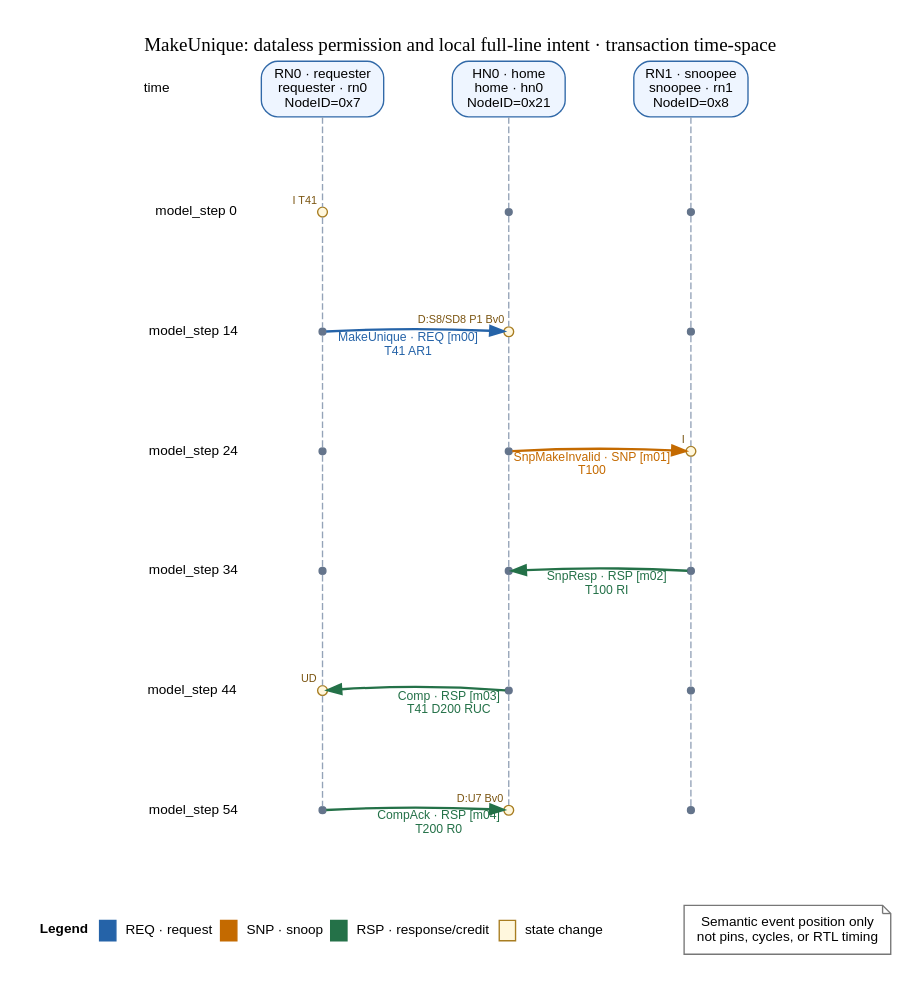
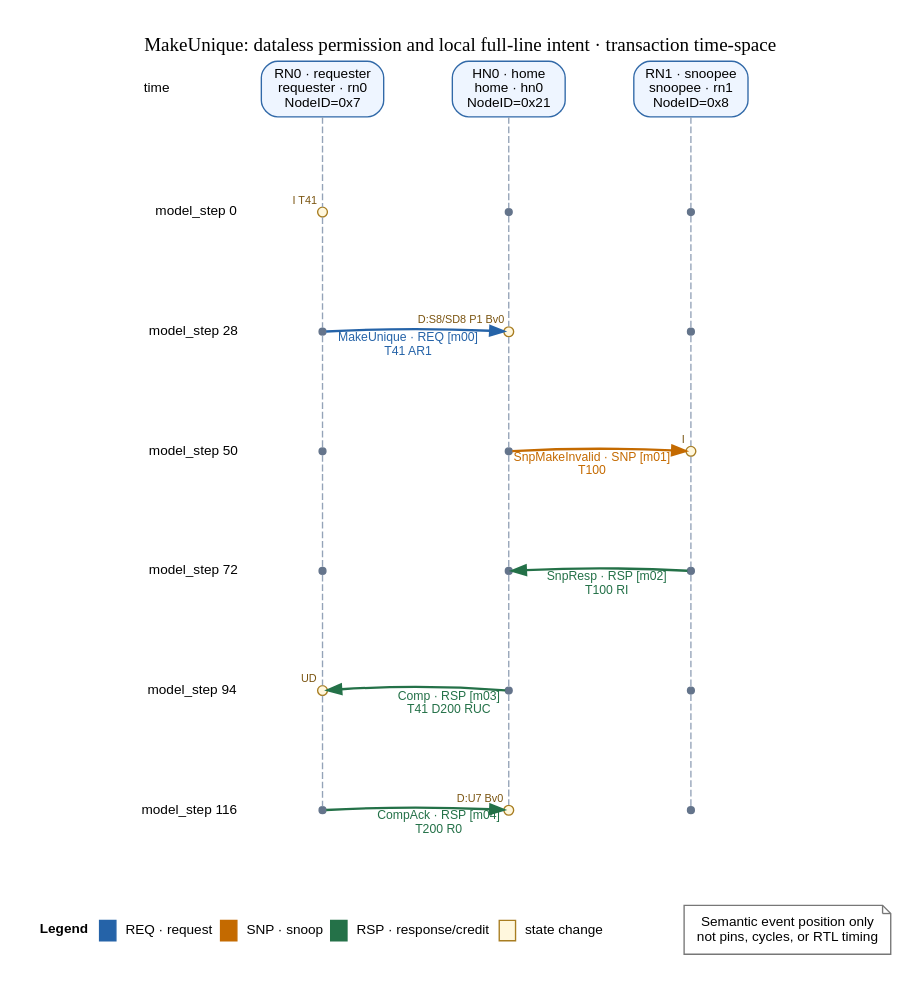
One commit to WhiteDeerPro/PROTOCOL_MODEL changed the diagram in showcase/generated/chi/issue-h-flow-gallery/sources/cases/make-unique-local-intent/transaction-time-space.dot. Above: the diagram before and after it, drawn with Graphviz. The commit also changed 74 other files, not shown here.

Commit message:
Route CHI flow witnesses through explicit XP

```diff
--- a/showcase/generated/chi/issue-h-flow-gallery/sources/cases/make-unique-local-intent/transaction-time-space.dot
+++ b/showcase/generated/chi/issue-h-flow-gallery/sources/cases/make-unique-local-intent/transaction-time-space.dot
@@ -1,61 +1,61 @@
 digraph transaction_time_space {
   rankdir=TB;
   label="MakeUnique: dataless permission and local full-line intent · transaction time-space";
   labelloc="t";
   graph [bgcolor="white", nodesep=0.7, ranksep=0.72, splines=line, pad=0.2, newrank=true, forcelabels=true];
   node [fontname="sans-serif", fontsize=10];
   edge [fontname="sans-serif", fontsize=9];
   time_header [shape=plaintext, group="time", label="time"];
   lifeline_0 [shape=box, style="rounded,filled", group="lifeline_0", fillcolor="#eef5ff", color="#3169a8", label="RN0 · requester\nrequester · rn0\nNodeID=0x7"];
   lifeline_1 [shape=box, style="rounded,filled", group="lifeline_1", fillcolor="#eef5ff", color="#3169a8", label="HN0 · home\nhome · hn0\nNodeID=0x21"];
   lifeline_2 [shape=box, style="rounded,filled", group="lifeline_2", fillcolor="#eef5ff", color="#3169a8", label="RN1 · snoopee\nsnoopee · rn1\nNodeID=0x8"];
   { rank=same; time_header; lifeline_0; lifeline_1; lifeline_2; }
   time_0 [shape=plaintext, group="time", label="model_step 0"];
   point_0_0 [shape=point, width=0.10, height=0.10, group="lifeline_0", fixedsize=true, color="#a87d21", fillcolor="#fff7dd", style=filled, fontname="sans-serif", fontcolor="#7a5410", fontsize=8, label="", xlabel="I T41", tooltip="make-unique-local-intent:state:000:rn0: rn0: I → I T41"];
   point_1_0 [shape=point, width=0.07, height=0.07, group="lifeline_1", fixedsize=true, color="#64748b", label=""];
   point_2_0 [shape=point, width=0.07, height=0.07, group="lifeline_2", fixedsize=true, color="#64748b", label=""];
   { rank=same; time_0; point_0_0; point_1_0; point_2_0; }
   time_0 -> point_0_0 -> point_1_0 -> point_2_0 [style=invis, weight=100];
-  time_1 [shape=plaintext, group="time", label="model_step 14"];
+  time_1 [shape=plaintext, group="time", label="model_step 28"];
   point_0_1 [shape=point, width=0.07, height=0.07, group="lifeline_0", fixedsize=true, color="#64748b", label=""];
-  point_1_1 [shape=point, width=0.10, height=0.10, group="lifeline_1", fixedsize=true, color="#a87d21", fillcolor="#fff7dd", style=filled, fontname="sans-serif", fontcolor="#7a5410", fontsize=8, label="", xlabel="D:S8/SD8 P1 Bv0", tooltip="make-unique-local-intent:state:014:hn0: hn0: D:S8/SD8 Bv0 → D:S8/SD8 P1 Bv0"];
+  point_1_1 [shape=point, width=0.10, height=0.10, group="lifeline_1", fixedsize=true, color="#a87d21", fillcolor="#fff7dd", style=filled, fontname="sans-serif", fontcolor="#7a5410", fontsize=8, label="", xlabel="D:S8/SD8 P1 Bv0", tooltip="make-unique-local-intent:state:028:hn0: hn0: D:S8/SD8 Bv0 → D:S8/SD8 P1 Bv0"];
   point_2_1 [shape=point, width=0.07, height=0.07, group="lifeline_2", fixedsize=true, color="#64748b", label=""];
   { rank=same; time_1; point_0_1; point_1_1; point_2_1; }
   time_1 -> point_0_1 -> point_1_1 -> point_2_1 [style=invis, weight=100];
-  time_2 [shape=plaintext, group="time", label="model_step 24"];
+  time_2 [shape=plaintext, group="time", label="model_step 50"];
   point_0_2 [shape=point, width=0.07, height=0.07, group="lifeline_0", fixedsize=true, color="#64748b", label=""];
   point_1_2 [shape=point, width=0.07, height=0.07, group="lifeline_1", fixedsize=true, color="#64748b", label=""];
-  point_2_2 [shape=point, width=0.10, height=0.10, group="lifeline_2", fixedsize=true, color="#a87d21", fillcolor="#fff7dd", style=filled, fontname="sans-serif", fontcolor="#7a5410", fontsize=8, label="", xlabel="I", tooltip="make-unique-local-intent:state:024:rn1: rn1: SD → I"];
+  point_2_2 [shape=point, width=0.10, height=0.10, group="lifeline_2", fixedsize=true, color="#a87d21", fillcolor="#fff7dd", style=filled, fontname="sans-serif", fontcolor="#7a5410", fontsize=8, label="", xlabel="I", tooltip="make-unique-local-intent:state:050:rn1: rn1: SD → I"];
   { rank=same; time_2; point_0_2; point_1_2; point_2_2; }
   time_2 -> point_0_2 -> point_1_2 -> point_2_2 [style=invis, weight=100];
-  time_3 [shape=plaintext, group="time", label="model_step 34"];
+  time_3 [shape=plaintext, group="time", label="model_step 72"];
   point_0_3 [shape=point, width=0.07, height=0.07, group="lifeline_0", fixedsize=true, color="#64748b", label=""];
   point_1_3 [shape=point, width=0.07, height=0.07, group="lifeline_1", fixedsize=true, color="#64748b", label=""];
   point_2_3 [shape=point, width=0.07, height=0.07, group="lifeline_2", fixedsize=true, color="#64748b", label=""];
   { rank=same; time_3; point_0_3; point_1_3; point_2_3; }
   time_3 -> point_0_3 -> point_1_3 -> point_2_3 [style=invis, weight=100];
-  time_4 [shape=plaintext, group="time", label="model_step 44"];
-  point_0_4 [shape=point, width=0.10, height=0.10, group="lifeline_0", fixedsize=true, color="#a87d21", fillcolor="#fff7dd", style=filled, fontname="sans-serif", fontcolor="#7a5410", fontsize=8, label="", xlabel="UD", tooltip="make-unique-local-intent:state:044:rn0: rn0: I T41 → UD"];
+  time_4 [shape=plaintext, group="time", label="model_step 94"];
+  point_0_4 [shape=point, width=0.10, height=0.10, group="lifeline_0", fixedsize=true, color="#a87d21", fillcolor="#fff7dd", style=filled, fontname="sans-serif", fontcolor="#7a5410", fontsize=8, label="", xlabel="UD", tooltip="make-unique-local-intent:state:094:rn0: rn0: I T41 → UD"];
   point_1_4 [shape=point, width=0.07, height=0.07, group="lifeline_1", fixedsize=true, color="#64748b", label=""];
   point_2_4 [shape=point, width=0.07, height=0.07, group="lifeline_2", fixedsize=true, color="#64748b", label=""];
   { rank=same; time_4; point_0_4; point_1_4; point_2_4; }
   time_4 -> point_0_4 -> point_1_4 -> point_2_4 [style=invis, weight=100];
-  time_5 [shape=plaintext, group="time", label="model_step 54"];
+  time_5 [shape=plaintext, group="time", label="model_step 116"];
   point_0_5 [shape=point, width=0.07, height=0.07, group="lifeline_0", fixedsize=true, color="#64748b", label=""];
-  point_1_5 [shape=point, width=0.10, height=0.10, group="lifeline_1", fixedsize=true, color="#a87d21", fillcolor="#fff7dd", style=filled, fontname="sans-serif", fontcolor="#7a5410", fontsize=8, label="", xlabel="D:U7 Bv0", tooltip="make-unique-local-intent:state:054:hn0: hn0: D:S8/SD8 P1 Bv0 → D:U7 Bv0"];
+  point_1_5 [shape=point, width=0.10, height=0.10, group="lifeline_1", fixedsize=true, color="#a87d21", fillcolor="#fff7dd", style=filled, fontname="sans-serif", fontcolor="#7a5410", fontsize=8, label="", xlabel="D:U7 Bv0", tooltip="make-unique-local-intent:state:116:hn0: hn0: D:S8/SD8 P1 Bv0 → D:U7 Bv0"];
   point_2_5 [shape=point, width=0.07, height=0.07, group="lifeline_2", fixedsize=true, color="#64748b", label=""];
   { rank=same; time_5; point_0_5; point_1_5; point_2_5; }
   time_5 -> point_0_5 -> point_1_5 -> point_2_5 [style=invis, weight=100];
   lifeline_0 -> point_0_0 -> point_0_1 -> point_0_2 -> point_0_3 -> point_0_4 -> point_0_5 [arrowhead=none, style=dashed, color="#94a3b8", weight=20];
   lifeline_1 -> point_1_0 -> point_1_1 -> point_1_2 -> point_1_3 -> point_1_4 -> point_1_5 [arrowhead=none, style=dashed, color="#94a3b8", weight=20];
   lifeline_2 -> point_2_0 -> point_2_1 -> point_2_2 -> point_2_3 -> point_2_4 -> point_2_5 [arrowhead=none, style=dashed, color="#94a3b8", weight=20];
   point_0_1 -> point_1_1 [constraint=false, color="#2563a8", fontcolor="#2563a8", penwidth=1.7, xlabel="MakeUnique · REQ [m00]\nT41 AR1"];
   point_1_2 -> point_2_2 [constraint=false, color="#c46a00", fontcolor="#c46a00", penwidth=1.7, xlabel="SnpMakeInvalid · SNP [m01]\nT100"];
   point_2_3 -> point_1_3 [constraint=false, color="#247148", fontcolor="#247148", penwidth=1.7, xlabel="SnpResp · RSP [m02]\nT100 RI"];
   point_1_4 -> point_0_4 [constraint=false, color="#247148", fontcolor="#247148", penwidth=1.7, xlabel="Comp · RSP [m03]\nT41 D200 RUC"];
   point_0_5 -> point_1_5 [constraint=false, color="#247148", fontcolor="#247148", penwidth=1.7, xlabel="CompAck · RSP [m04]\nT200 R0"];
   legend [shape=plain, label=<<TABLE BORDER="0" CELLBORDER="0" CELLSPACING="5" CELLPADDING="2"><TR><TD><B>Legend</B></TD><TD BORDER="1" COLOR="#2563a8" BGCOLOR="#2563a8" WIDTH="12"></TD><TD ALIGN="LEFT">REQ · request</TD><TD BORDER="1" COLOR="#c46a00" BGCOLOR="#c46a00" WIDTH="12"></TD><TD ALIGN="LEFT">SNP · snoop</TD><TD BORDER="1" COLOR="#247148" BGCOLOR="#247148" WIDTH="12"></TD><TD ALIGN="LEFT">RSP · response/credit</TD><TD BORDER="1" COLOR="#a87d21" BGCOLOR="#fff7dd" WIDTH="12"></TD><TD ALIGN="LEFT">state change</TD></TR></TABLE>>];
   boundary [shape=note, color="#777777", label="Semantic event position only\nnot pins, cycles, or RTL timing"];
   { rank=same; legend; boundary; }
   point_0_5 -> legend [style=invis, minlen=1];
 }
```
